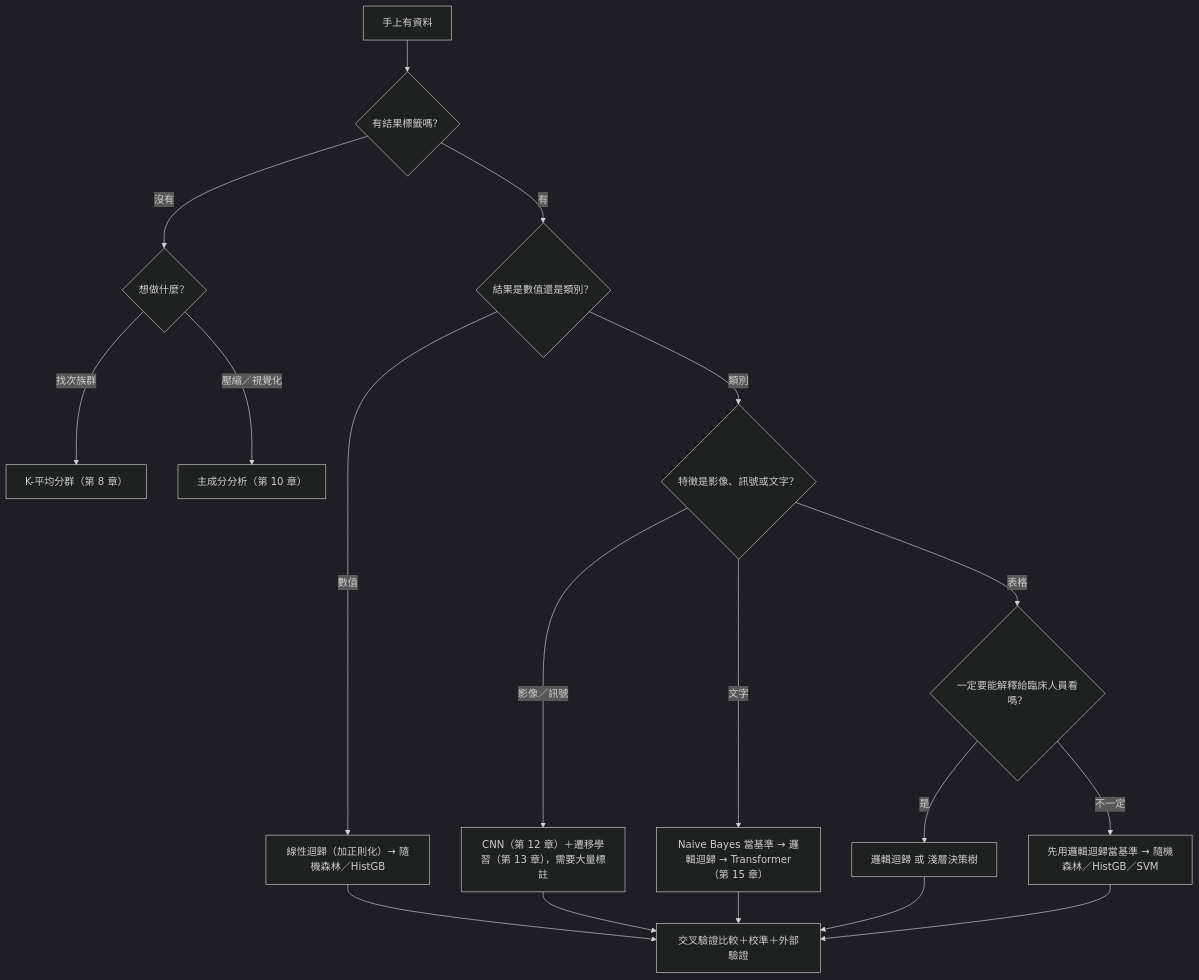
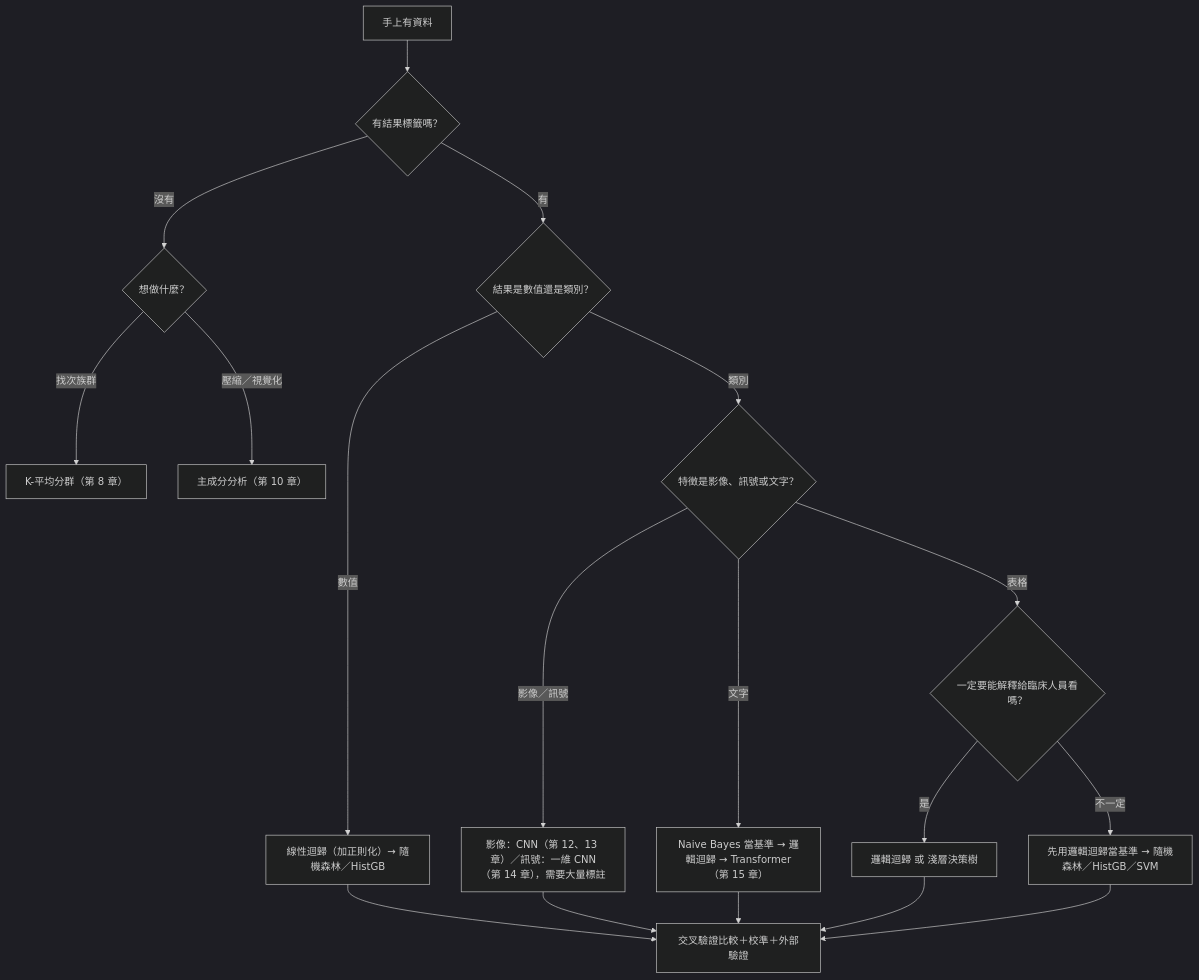
One commit to fireman333/ml-for-med-students changed the diagram in docs/chapters/11-model-selection.md. Above: the diagram before and after it, drawn with Mermaid (dark theme). The commit also changed 13 other files, not shown here.

````diff
--- a/docs/chapters/11-model-selection.md
+++ b/docs/chapters/11-model-selection.md
@@ -55,20 +55,20 @@
 ```mermaid
 flowchart TD
     A["手上有資料"] --> B{"有結果標籤嗎？"}
     B -- "沒有" --> C{"想做什麼？"}
     C -- "找次族群" --> C1["K-平均分群（第 8 章）"]
     C -- "壓縮／視覺化" --> C2["主成分分析（第 10 章）"]
     B -- "有" --> D{"結果是數值還是類別？"}
     D -- "數值" --> D1["線性迴歸（加正則化）→ 隨機森林／HistGB"]
     D -- "類別" --> E{"特徵是影像、訊號或文字？"}
-    E -- "影像／訊號" --> E1["CNN（第 12 章）＋遷移學習（第 13 章），需要大量標註"]
+    E -- "影像／訊號" --> E1["影像：CNN（第 12、13 章）／訊號：一維 CNN（第 14 章），需要大量標註"]
     E -- "文字" --> E2["Naive Bayes 當基準 → 邏輯迴歸 → Transformer（第 15 章）"]
     E -- "表格" --> F{"一定要能解釋給臨床人員看嗎？"}
     F -- "是" --> F1["邏輯迴歸 或 淺層決策樹"]
     F -- "不一定" --> F2["先用邏輯迴歸當基準 → 隨機森林／HistGB／SVM"]
     F1 --> G["交叉驗證比較＋校準＋外部驗證"]
     F2 --> G
     D1 --> G
     E1 --> G
     E2 --> G
 ```
````
